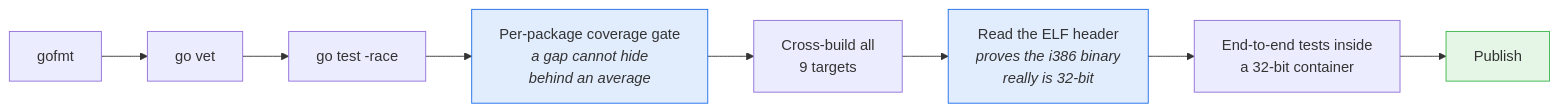
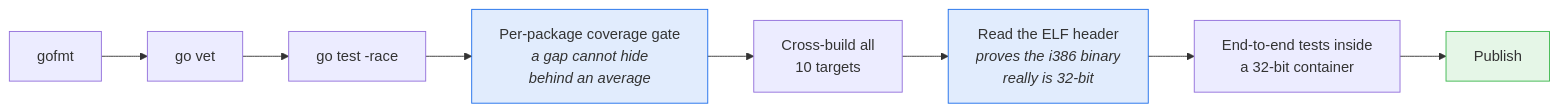
One commit to madkoding/motita changed the seventh of 7 diagrams in docs/GUIDE.md. Above: the diagram before and after it, drawn with Mermaid. The commit also changed other lines of this file and 8 other files, not shown here.

````diff
--- a/docs/GUIDE.md
+++ b/docs/GUIDE.md
@@ -1204,13 +1205,13 @@
 ```mermaid
 flowchart LR
     F["gofmt"] --> V["go vet"] --> R["go test -race"]
     R --> CV["Per-package coverage gate<br/><i>a gap cannot hide<br/>behind an average</i>"]
-    CV --> X["Cross-build all<br/>9 targets"]
+    CV --> X["Cross-build all<br/>10 targets"]
     X --> E["Read the ELF header<br/><i>proves the i386 binary<br/>really is 32-bit</i>"]
     E --> E2["End-to-end tests inside<br/>a 32-bit container"]
     E2 --> P["Publish"]
 
     style CV fill:#1f6feb22,stroke:#1f6feb
     style E fill:#1f6feb22,stroke:#1f6feb
     style P fill:#3fb95022,stroke:#3fb950
 ```
````
